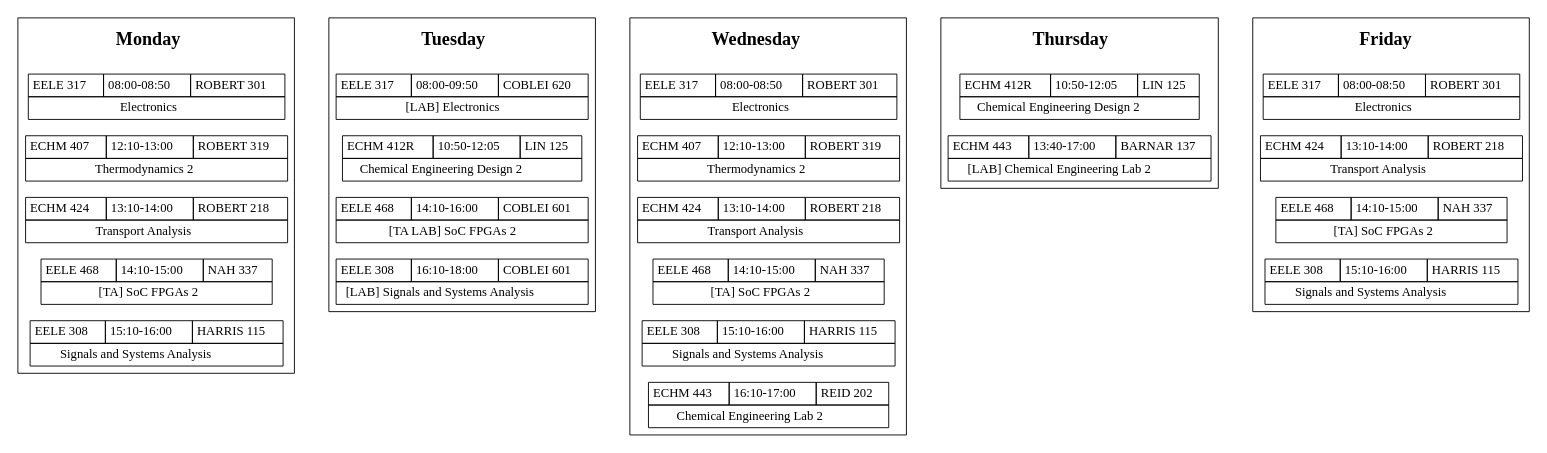
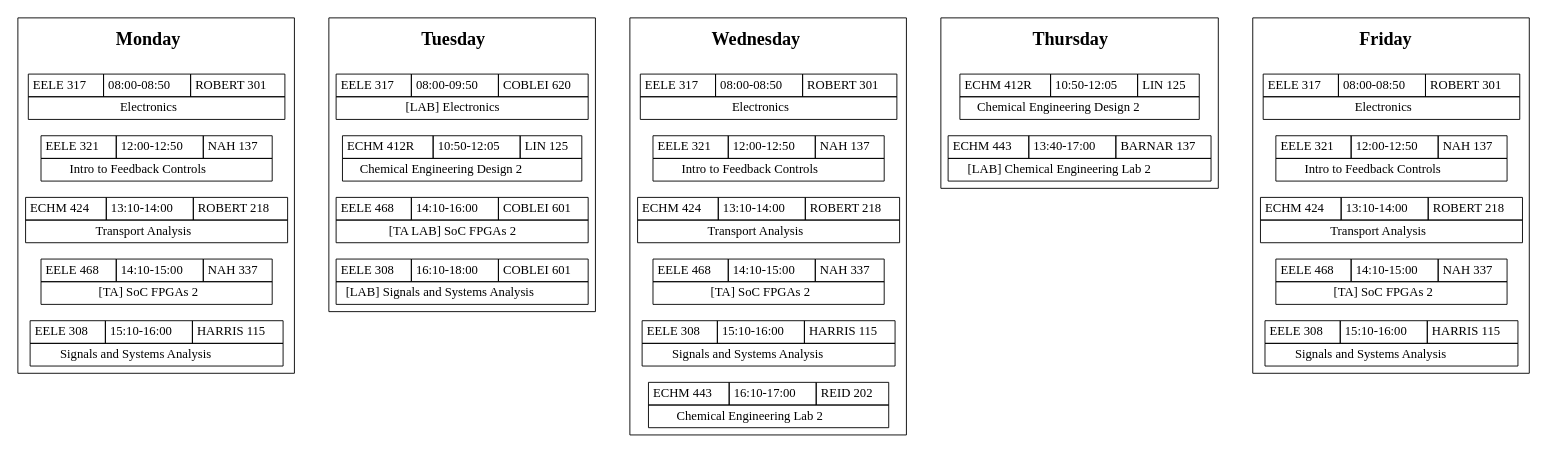
Before and after one commit to w-culhane/schedule-flowchart: the diagram in schedule_4-senior-sem-2-spring.gv, drawn with Graphviz.

Commit message:
Replace ECHM 407 with EELE 321

```diff
--- a/schedule_4-senior-sem-2-spring.gv
+++ b/schedule_4-senior-sem-2-spring.gv
@@ -6,7 +6,7 @@
     }
 
     {node [shape=none, margin=0]
-	subgraph clustermonday { rank = same; "Monday"; "EELE317-m"; "ECHM407-m"; "ECHM424-m"; "EELE468-m-TA"; "EELE308-m"; }
+	subgraph clustermonday { rank = same; "Monday"; "EELE317-m"; "EELE321-m"; "ECHM424-m"; "EELE468-m-TA"; "EELE308-m"; }
     }
 
     "EELE317-m" [label=<
@@ -19,14 +19,14 @@
 		 <TR><TD COLSPAN="3">Electronics</TD></TR>
 		 </TABLE>>];
 
-    "ECHM407-m" [label=<
+    "EELE321-m" [label=<
 		 <TABLE BORDER="0" CELLBORDER="1" CELLSPACING="0" CELLPADDING="4">
 		 <TR>
-		 <TD>ECHM 407</TD>
-		 <TD>12:10-13:00</TD>
-		 <TD>ROBERT 319</TD>
+		 <TD>EELE 321</TD>
+		 <TD>12:00-12:50</TD>
+		 <TD>NAH 137</TD>
 		 </TR>
-		 <TR><TD COLSPAN="3">Thermodynamics 2</TD></TR>
+		 <TR><TD COLSPAN="3">Intro to Feedback Controls</TD></TR>
 		 </TABLE>>];
 
     "ECHM424-m" [label=<
@@ -104,7 +104,7 @@
 		 </TABLE>>];
 
     {node [shape=none, margin=0]
-	subgraph clusterwednesday { rank = same; "Wednesday"; "EELE317-w"; "ECHM407-w"; "ECHM424-w"; "EELE468-w-TA"; "EELE308-w"; "ECHM443-w"; }
+	subgraph clusterwednesday { rank = same; "Wednesday"; "EELE317-w"; "EELE321-w"; "ECHM424-w"; "EELE468-w-TA"; "EELE308-w"; "ECHM443-w"; }
     }
 
     "EELE317-w" [label=<
@@ -117,14 +117,14 @@
 		 <TR><TD COLSPAN="3">Electronics</TD></TR>
 		 </TABLE>>];
 
-    "ECHM407-w" [label=<
+    "EELE321-w" [label=<
 		 <TABLE BORDER="0" CELLBORDER="1" CELLSPACING="0" CELLPADDING="4">
 		 <TR>
-		 <TD>ECHM 407</TD>
-		 <TD>12:10-13:00</TD>
-		 <TD>ROBERT 319</TD>
+		 <TD>EELE 321</TD>
+		 <TD>12:00-12:50</TD>
+		 <TD>NAH 137</TD>
 		 </TR>
-		 <TR><TD COLSPAN="3">Thermodynamics 2</TD></TR>
+		 <TR><TD COLSPAN="3">Intro to Feedback Controls</TD></TR>
 		 </TABLE>>];
 
     "ECHM424-w" [label=<
@@ -192,7 +192,7 @@
 		 </TABLE>>];
 
     {node [shape=none, margin=0]
-	subgraph clusterfriday { rank = same; "Friday"; "EELE317-f"; "ECHM424-f"; "EELE468-f-TA"; "EELE308-f"; }
+	subgraph clusterfriday { rank = same; "Friday"; "EELE317-f"; "EELE321-f"; "ECHM424-f"; "EELE468-f-TA"; "EELE308-f"; }
     }
 
     "EELE317-f" [label=<
@@ -215,6 +215,16 @@
 		 <TR><TD COLSPAN="3">Transport Analysis</TD></TR>
 		 </TABLE>>];
 
+    "EELE321-f" [label=<
+		 <TABLE BORDER="0" CELLBORDER="1" CELLSPACING="0" CELLPADDING="4">
+		 <TR>
+		 <TD>EELE 321</TD>
+		 <TD>12:00-12:50</TD>
+		 <TD>NAH 137</TD>
+		 </TR>
+		 <TR><TD COLSPAN="3">Intro to Feedback Controls</TD></TR>
+		 </TABLE>>];
+
     "EELE468-f-TA" [label=<
 		    <TABLE BORDER="0" CELLBORDER="1" CELLSPACING="0" CELLPADDING="4">
 		    <TR>
```
